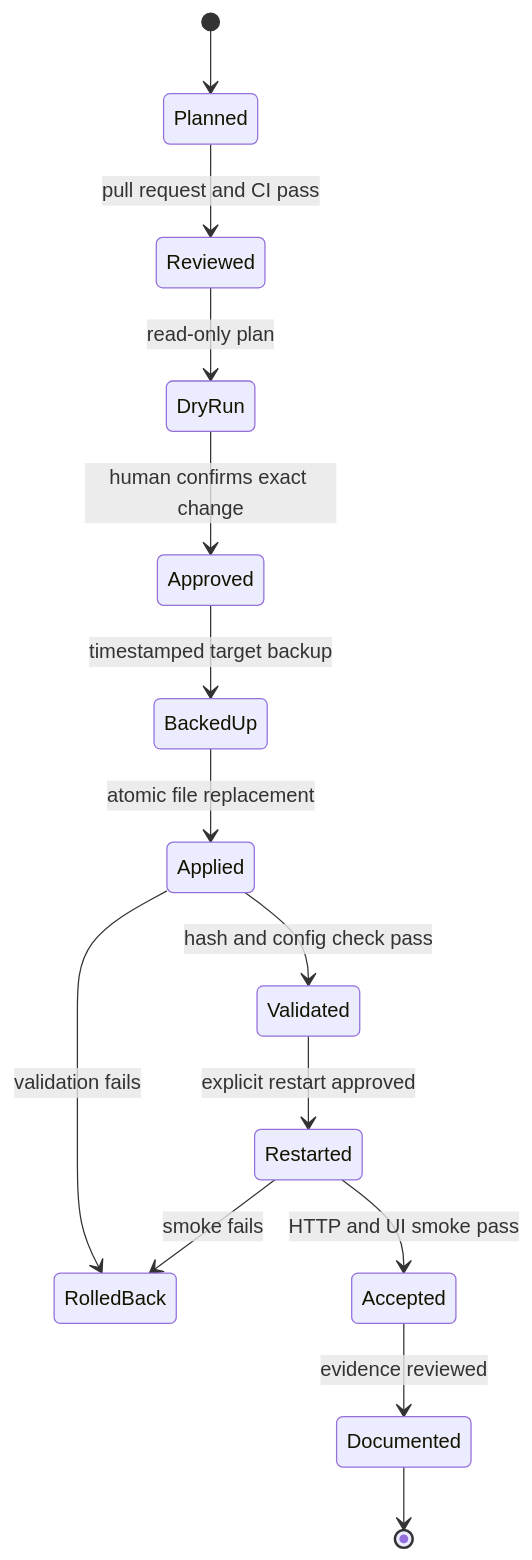
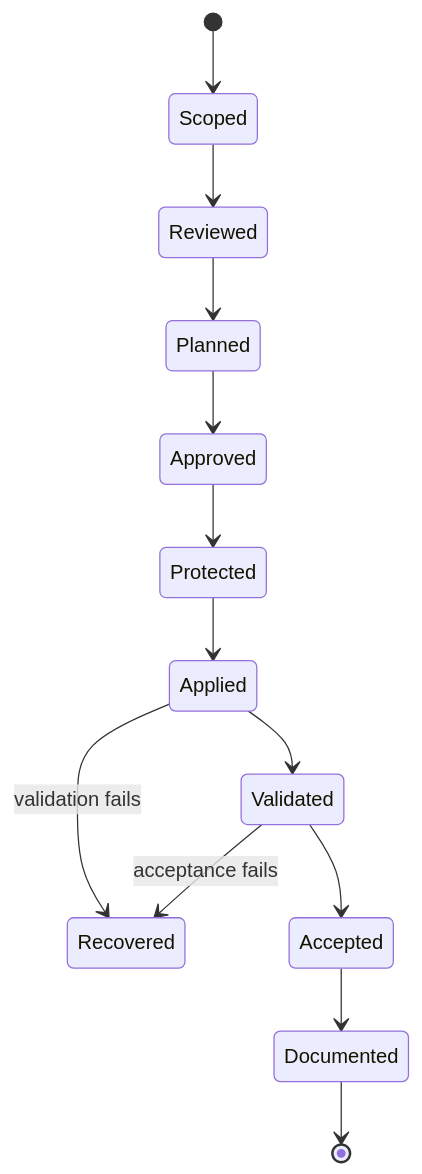
The diagram in docs/safe-change-workflow.md (Charles-drZ/raspberry-home-showcase), drawn with Mermaid before and after one commit. The commit also changed other lines of this file, not shown here.

````diff
--- a/docs/safe-change-workflow.md
+++ b/docs/safe-change-workflow.md
@@ -30,16 +21,15 @@
 ```mermaid
 stateDiagram-v2
-    [*] --> Planned
-    Planned --> Reviewed: pull request and CI pass
-    Reviewed --> DryRun: read-only plan
-    DryRun --> Approved: human confirms exact change
-    Approved --> BackedUp: timestamped target backup
-    BackedUp --> Applied: atomic file replacement
-    Applied --> Validated: hash and config check pass
-    Applied --> RolledBack: validation fails
-    Validated --> Restarted: explicit restart approved
-    Restarted --> Accepted: HTTP and UI smoke pass
-    Restarted --> RolledBack: smoke fails
-    Accepted --> Documented: evidence reviewed
+    [*] --> Scoped
+    Scoped --> Reviewed
+    Reviewed --> Planned
+    Planned --> Approved
+    Approved --> Protected
+    Protected --> Applied
+    Applied --> Validated
+    Applied --> Recovered: validation fails
+    Validated --> Accepted
+    Validated --> Recovered: acceptance fails
+    Accepted --> Documented
     Documented --> [*]
 ```
````
